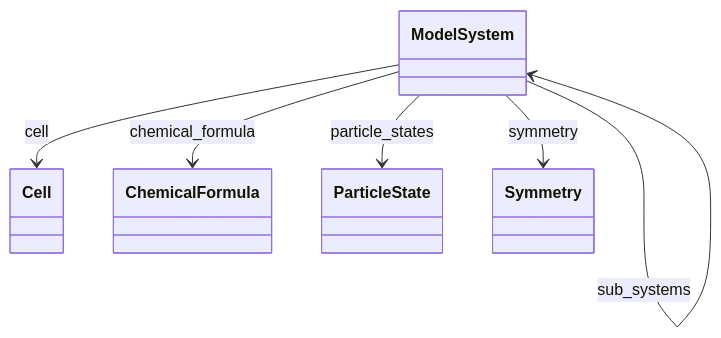
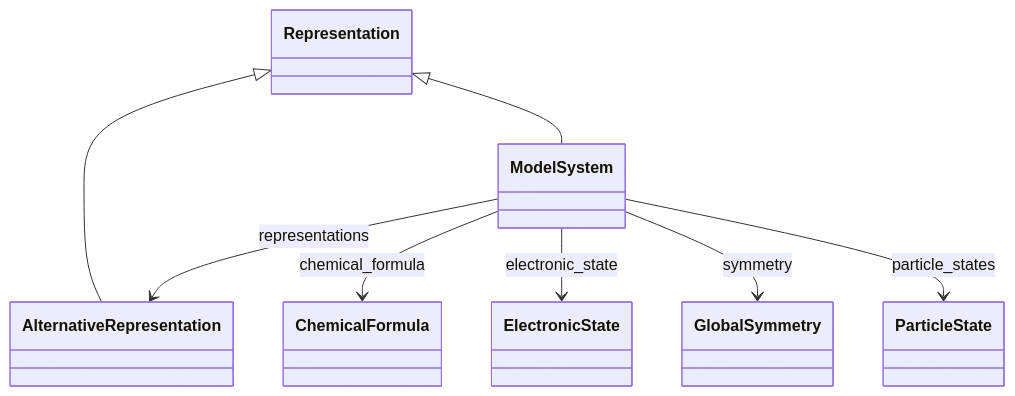
Before and after one commit to FAIRmat-NFDI/nomad-simulations: the diagram in docs/schema/model_system.md, drawn with Mermaid. The commit also changed other lines of this file and 41 other files, not shown here.

````diff
--- a/docs/schema/model_system.md
+++ b/docs/schema/model_system.md
@@ -26,13 +27,17 @@
 ```mermaid
 classDiagram
-    class Cell
+    class AlternativeRepresentation
     class ChemicalFormula
+    class ElectronicState
+    class GlobalSymmetry
     class ModelSystem
     class ParticleState
-    class Symmetry
-    ModelSystem --> Cell : cell
+    class Representation
+    Representation <|-- AlternativeRepresentation
+    Representation <|-- ModelSystem
+    ModelSystem --> AlternativeRepresentation : representations
     ModelSystem --> ChemicalFormula : chemical_formula
-    ModelSystem --> ModelSystem : sub_systems
+    ModelSystem --> ElectronicState : electronic_state
+    ModelSystem --> GlobalSymmetry : symmetry
     ModelSystem --> ParticleState : particle_states
-    ModelSystem --> Symmetry : symmetry
 ```
````
